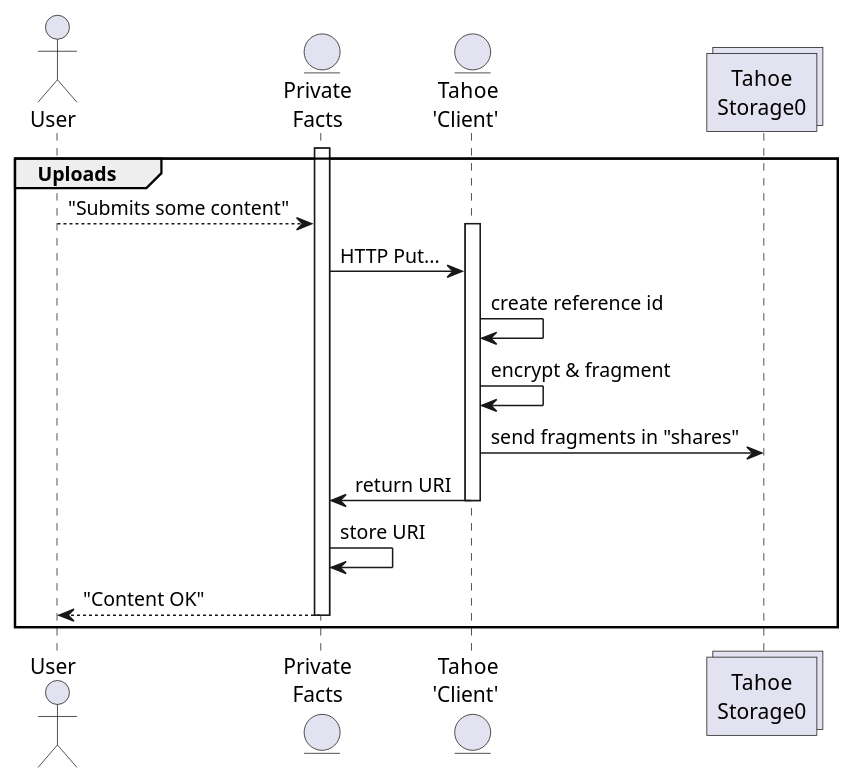
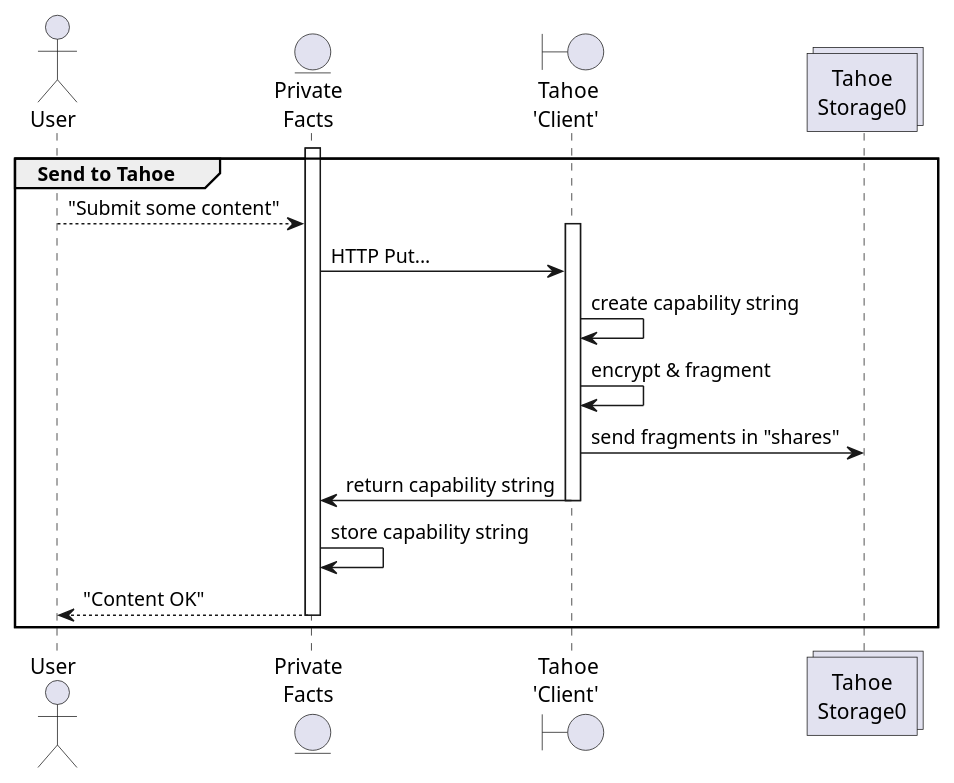
The diagram in docs/source/upload_content.puml (blaisep/private_facts), drawn with PlantUML before and after one commit. The commit also changed 4 other files, not shown here.

Commit message:
Format and edit diagrams.

```diff
--- a/docs/source/upload_content.puml
+++ b/docs/source/upload_content.puml
@@ -1,24 +1,24 @@
 @startuml
 skinparam Shadowing false
 
 actor "User" as user
 entity "Private\nFacts" as app
-entity "Tahoe\n'Client' " as tahoe
+Boundary "Tahoe\n'Client' " as tahoe
 Collections "Tahoe\nStorage0" as disk
 
-group Uploads
+group Send to Tahoe
 activate app
-user --> app : "Submits some content"
+user --> app : "Submit some content"
     activate tahoe
     app -> tahoe : HTTP Put...
-    tahoe -> tahoe : create reference id
+    tahoe -> tahoe : create capability string
     tahoe -> tahoe : encrypt & fragment
     tahoe ->  disk : send fragments in "shares"
-    tahoe -> app : return URI
+    tahoe -> app : return capability string
     deactivate tahoe
-app -> app : store URI
+app -> app : store capability string
 app --> user : "Content OK"
 deactivate app
 
 end
 @enduml
```
